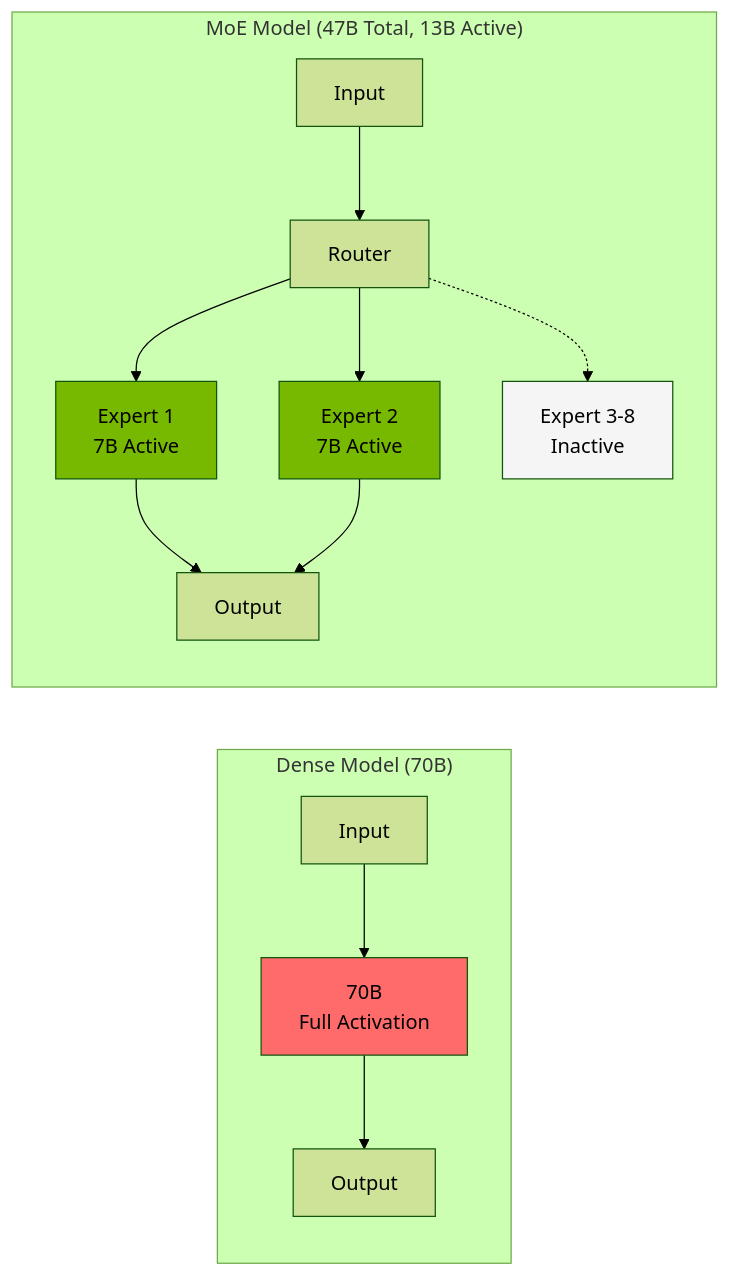
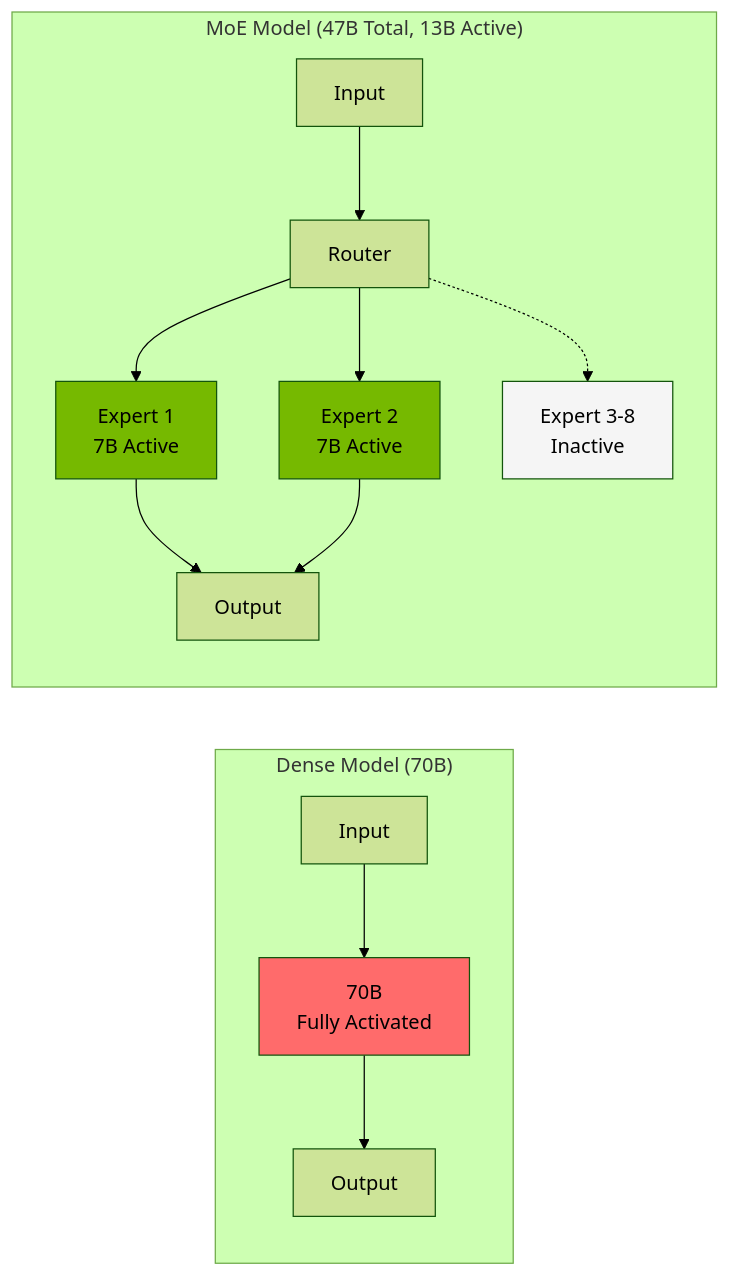
One commit to devfloor9/engineering-playbook changed the second of 6 diagrams in i18n/en/docusaurus-plugin-content-docs/current/agentic-ai-platform/model-serving/moe-model-serving.md. Above: the diagram before and after it, drawn with Mermaid (forest theme). The commit also changed other lines of this file and 95 other files, not shown here.

````diff
--- a/i18n/en/docusaurus-plugin-content-docs/current/agentic-ai-platform/model-serving/moe-model-serving.md
+++ b/i18n/en/docusaurus-plugin-content-docs/current/agentic-ai-platform/model-serving/moe-model-serving.md
@@ -93,21 +92,21 @@
 ```mermaid
 flowchart LR
     subgraph Dense["Dense Model (70B)"]
-        D_IN[Input] --> D_ALL[70B<br/>Full Activation]
+        D_IN[Input] --> D_ALL[70B<br/>Fully Activated]
         D_ALL --> D_OUT[Output]
     end
 
     subgraph MoE["MoE Model (47B Total, 13B Active)"]
         M_IN[Input] --> M_GATE[Router]
         M_GATE --> M_E1[Expert 1<br/>7B Active]
         M_GATE --> M_E2[Expert 2<br/>7B Active]
         M_E1 --> M_OUT[Output]
         M_E2 --> M_OUT
         M_GATE -.-> M_E3[Expert 3-8<br/>Inactive]
     end
 
     style D_ALL fill:#ff6b6b
     style M_E1 fill:#76b900
     style M_E2 fill:#76b900
     style M_E3 fill:#f5f5f5
 ```
````
